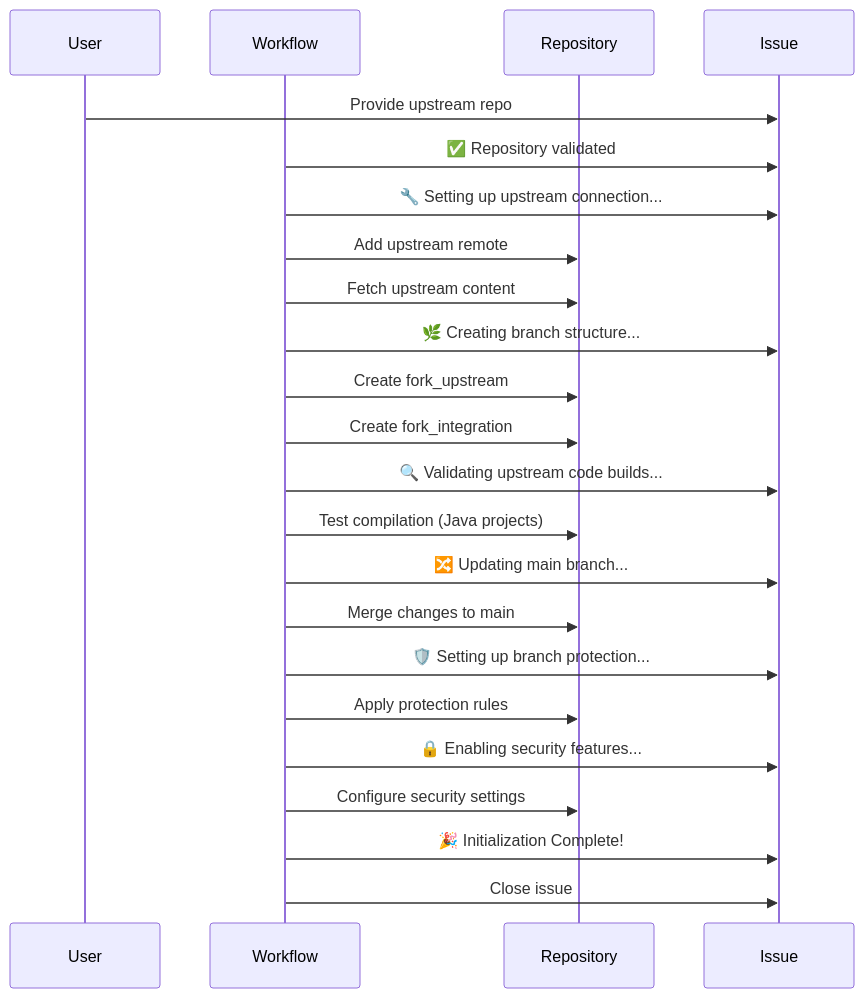
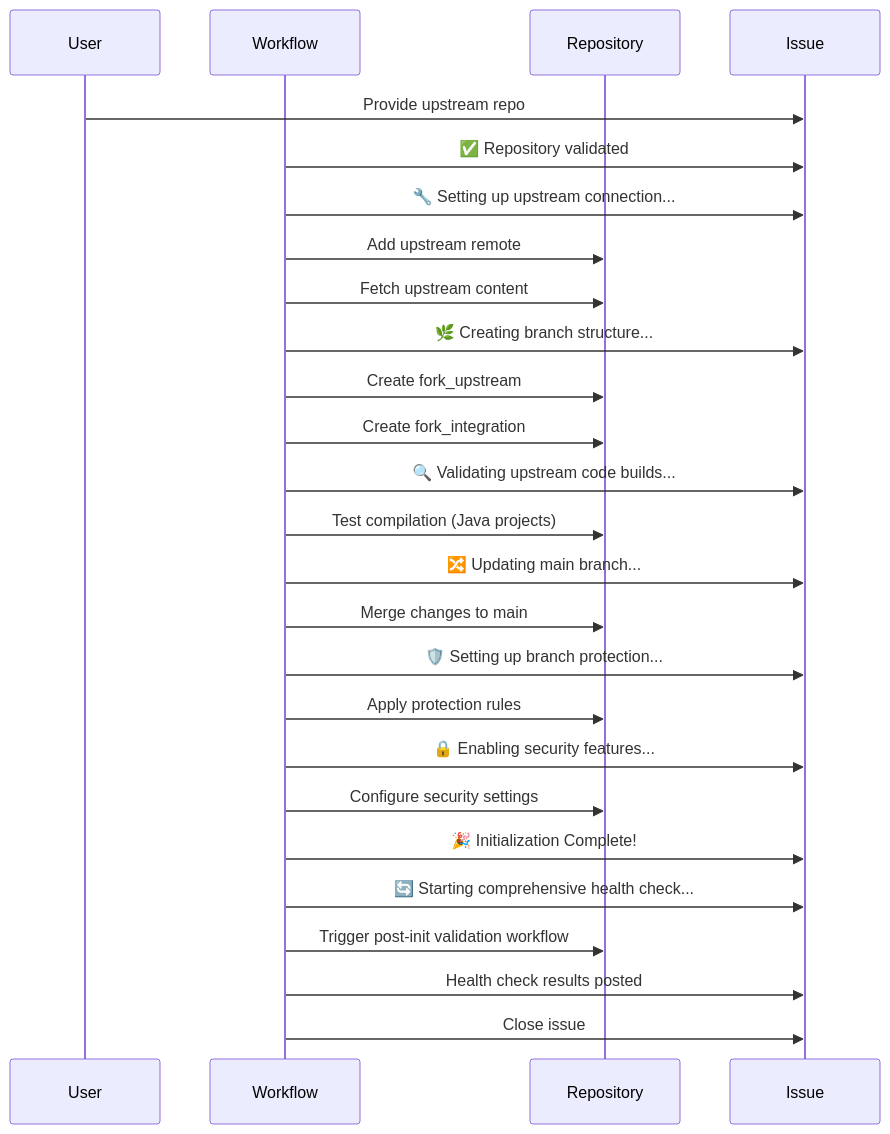
One commit to danielscholl-osdu/osdu-fork-template changed the third of 3 diagrams in doc/init-workflow.md. Above: the diagram before and after it, drawn with Mermaid. The commit also changed other lines of this file and 2 other files, not shown here.

Commit message:
chore: Validate on init

````diff
--- a/doc/init-workflow.md
+++ b/doc/init-workflow.md
@@ -138,26 +139,29 @@
 ```mermaid
 sequenceDiagram
     participant U as User
     participant W as Workflow
     participant R as Repository
     participant I as Issue
 
     U->>I: Provide upstream repo
     W->>I: ✅ Repository validated
     W->>I: 🔧 Setting up upstream connection...
     W->>R: Add upstream remote
     W->>R: Fetch upstream content
     W->>I: 🌿 Creating branch structure...
     W->>R: Create fork_upstream
     W->>R: Create fork_integration
     W->>I: 🔍 Validating upstream code builds...
     W->>R: Test compilation (Java projects)
     W->>I: 🔀 Updating main branch...
     W->>R: Merge changes to main
     W->>I: 🛡️ Setting up branch protection...
     W->>R: Apply protection rules
     W->>I: 🔒 Enabling security features...
     W->>R: Configure security settings
     W->>I: 🎉 Initialization Complete!
+    W->>I: 🔄 Starting comprehensive health check...
+    W->>R: Trigger post-init validation workflow
+    W->>I: Health check results posted
     W->>I: Close issue
 ```
````
